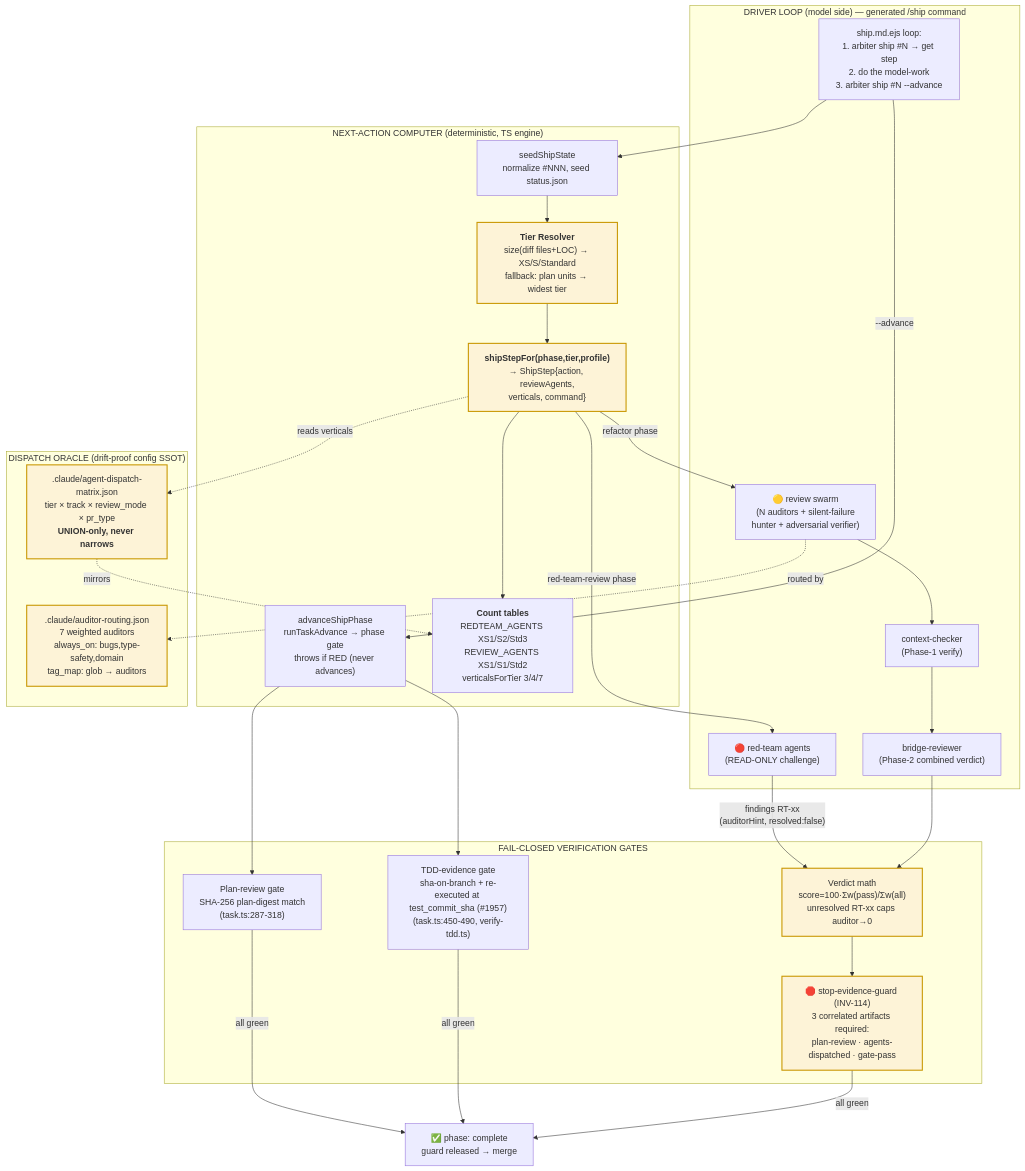
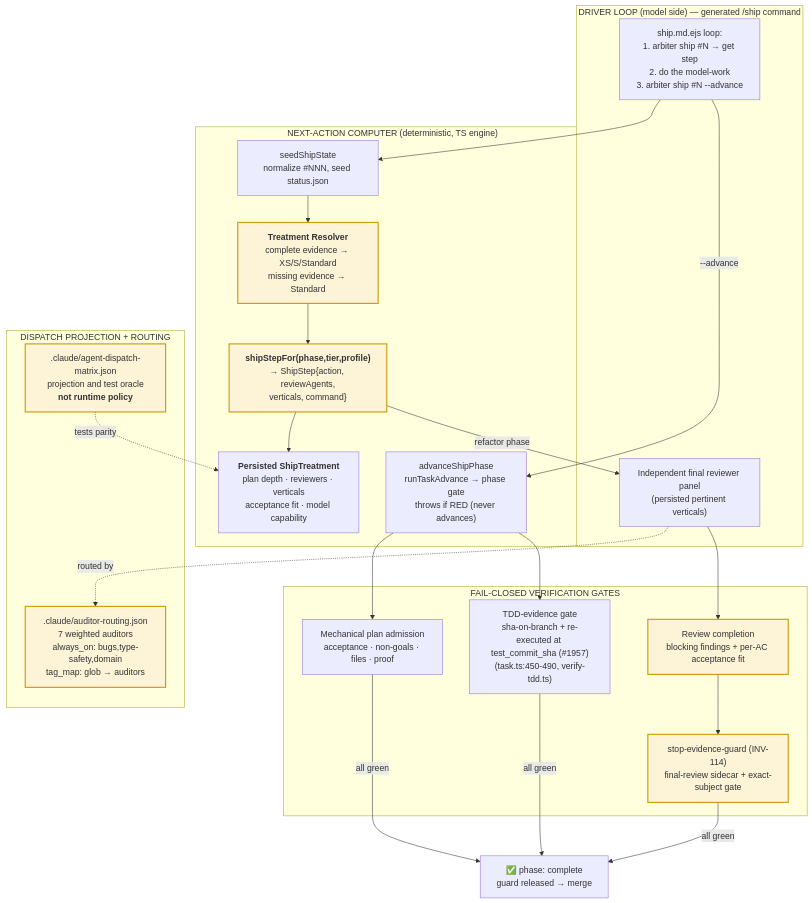
One commit to LucaDominici/arbiter changed the third of 3 diagrams in docs/architecture/c4-model.md. Above: the diagram before and after it, drawn with Mermaid. The commit also changed other lines of this file and 217 other files, not shown here.

````diff
--- a/docs/architecture/c4-model.md
+++ b/docs/architecture/c4-model.md
@@ -183,48 +183,41 @@
 ```mermaid
 graph TB
     subgraph driver["DRIVER LOOP (model side) — generated /ship command"]
       loop["ship.md.ejs loop:<br/>1. arbiter ship #N → get step<br/>2. do the model-work<br/>3. arbiter ship #N --advance"]
-      rt["🔴 red-team agents<br/>(READ-ONLY challenge)"]
-      rev["🟡 review swarm<br/>(N auditors + silent-failure<br/>hunter + adversarial verifier)"]
-      cc["context-checker<br/>(Phase-1 verify)"]
-      br["bridge-reviewer<br/>(Phase-2 combined verdict)"]
+      rev["Independent final reviewer panel<br/>(persisted pertinent verticals)"]
     end
 
     subgraph engine["NEXT-ACTION COMPUTER (deterministic, TS engine)"]
       seed["seedShipState<br/>normalize #NNN, seed status.json"]
-      tierR["<b>Tier Resolver</b><br/>size(diff files+LOC) → XS/S/Standard<br/>fallback: plan units → widest tier"]
+      tierR["<b>Treatment Resolver</b><br/>complete evidence → XS/S/Standard<br/>missing evidence → Standard"]
       step["<b>shipStepFor(phase,tier,profile)</b><br/>→ ShipStep{action, reviewAgents,<br/>verticals, command}"]
       adv["advanceShipPhase<br/>runTaskAdvance → phase gate<br/>throws if RED (never advances)"]
-      counts["<b>Count tables</b><br/>REDTEAM_AGENTS XS1/S2/Std3<br/>REVIEW_AGENTS XS1/S1/Std2<br/>verticalsForTier 3/4/7"]
+      counts["<b>Persisted ShipTreatment</b><br/>plan depth · reviewers · verticals<br/>acceptance fit · model capability"]
     end
 
-    subgraph route["DISPATCH ORACLE (drift-proof config SSOT)"]
-      matrix[".claude/agent-dispatch-matrix.json<br/>tier × track × review_mode × pr_type<br/><b>UNION-only, never narrows</b>"]
+    subgraph route["DISPATCH PROJECTION + ROUTING"]
+      matrix[".claude/agent-dispatch-matrix.json<br/>projection and test oracle<br/><b>not runtime policy</b>"]
       audr[".claude/auditor-routing.json<br/>7 weighted auditors<br/>always_on: bugs,type-safety,domain<br/>tag_map: glob → auditors"]
     end
 
     subgraph gates["FAIL-CLOSED VERIFICATION GATES"]
-      pg["Plan-review gate<br/>SHA-256 plan-digest match<br/>(task.ts:287-318)"]
+      pg["Mechanical plan admission<br/>acceptance · non-goals · files · proof"]
       tg["TDD-evidence gate<br/>sha-on-branch + re-executed at test_commit_sha (#1957)<br/>(task.ts:450-490, verify-tdd.ts)"]
-      sg["🛑 stop-evidence-guard (INV-114)<br/>3 correlated artifacts required:<br/>plan-review · agents-dispatched · gate-pass"]
-      cap["Verdict math<br/>score=100·Σw(pass)/Σw(all)<br/>unresolved RT-xx caps auditor→0"]
+      sg["stop-evidence-guard (INV-114)<br/>final-review sidecar + exact-subject gate"]
+      cap["Review completion<br/>blocking findings + per-AC acceptance fit"]
     end
 
     loop --> seed --> tierR --> step
     step --> counts
-    step -->|"red-team-review phase"| rt
     step -->|"refactor phase"| rev
-    step -.reads verticals.-> matrix
     rev -.routed by.-> audr
-    matrix -.mirrors.-> counts
-    rt -->|"findings RT-xx<br/>(auditorHint, resolved:false)"| cap
-    rev --> cc --> br
-    br --> cap
+    matrix -.tests parity.-> counts
+    rev --> cap
     cap --> sg
     loop -->|"--advance"| adv
     adv --> pg & tg
     pg & tg & sg -->|"all green"| complete["✅ phase: complete<br/>guard released → merge"]
 
     classDef jewel fill:#fdf3d7,stroke:#c99700,stroke-width:2px;
     class tierR,step,matrix,audr,sg,cap jewel;
 ```
````
